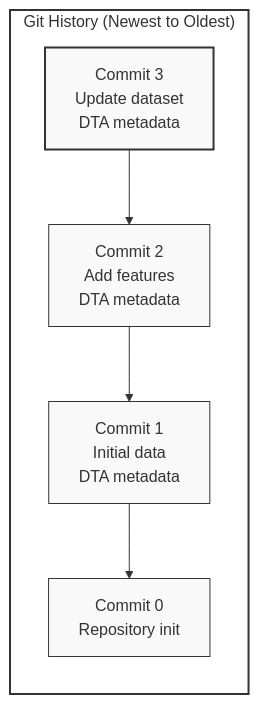
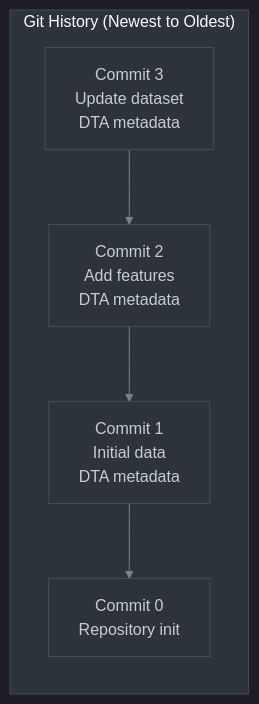
The ninth of 17 diagrams in docs/ARCHITECTURE.md (Ricoledan/dta-provenance-demo), drawn with Mermaid before and after one commit. The commit also changed other lines of this file and 1 other file, not shown here.

First line of the commit message:
Update Mermaid diagrams to dark theme

````diff
--- a/docs/ARCHITECTURE.md
+++ b/docs/ARCHITECTURE.md
@@ -286,19 +245,15 @@
 ```mermaid
+%%{init: {"theme":"dark","themeVariables":{"darkMode":true,"background":"#0d1117","primaryColor":"#2d333b","primaryTextColor":"#e6edf3","primaryBorderColor":"#444c56","lineColor":"#768390","secondaryColor":"#1c2128","tertiaryColor":"#22272e","clusterBkg":"#2d333b","clusterBorder":"#444c56","nodeTextColor":"#e6edf3","mainBkg":"#2d333b","secondBkg":"#22272e","edgeLabelBackground":"#2d333b","nodeBorder":"#444c56"}}}%%
 graph LR
     subgraph History["Git History (Newest to Oldest)"]
         C3["Commit 3<br/>Update dataset<br/>DTA metadata"]
         C2["Commit 2<br/>Add features<br/>DTA metadata"]
         C1["Commit 1<br/>Initial data<br/>DTA metadata"]
         C0["Commit 0<br/>Repository init"]
     end
 
     C3 --> C2
     C2 --> C1
     C1 --> C0
 
-    style History fill:#fff,stroke:#333,stroke-width:2px
-    style C3 fill:#f9f9f9,stroke:#333,stroke-width:2px
-    style C2 fill:#f9f9f9,stroke:#333,stroke-width:1px
-    style C1 fill:#f9f9f9,stroke:#333,stroke-width:1px
-    style C0 fill:#f9f9f9,stroke:#333,stroke-width:1px
 ```
````
